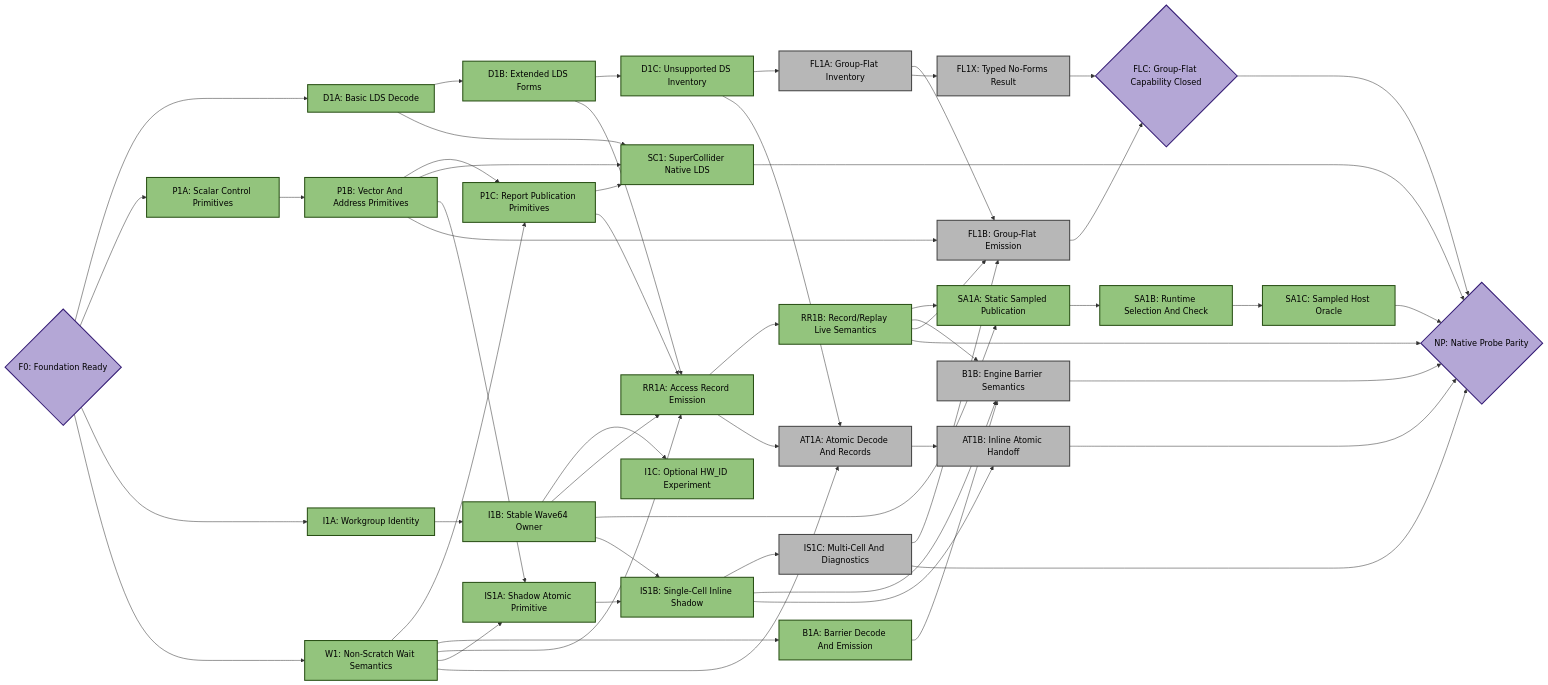
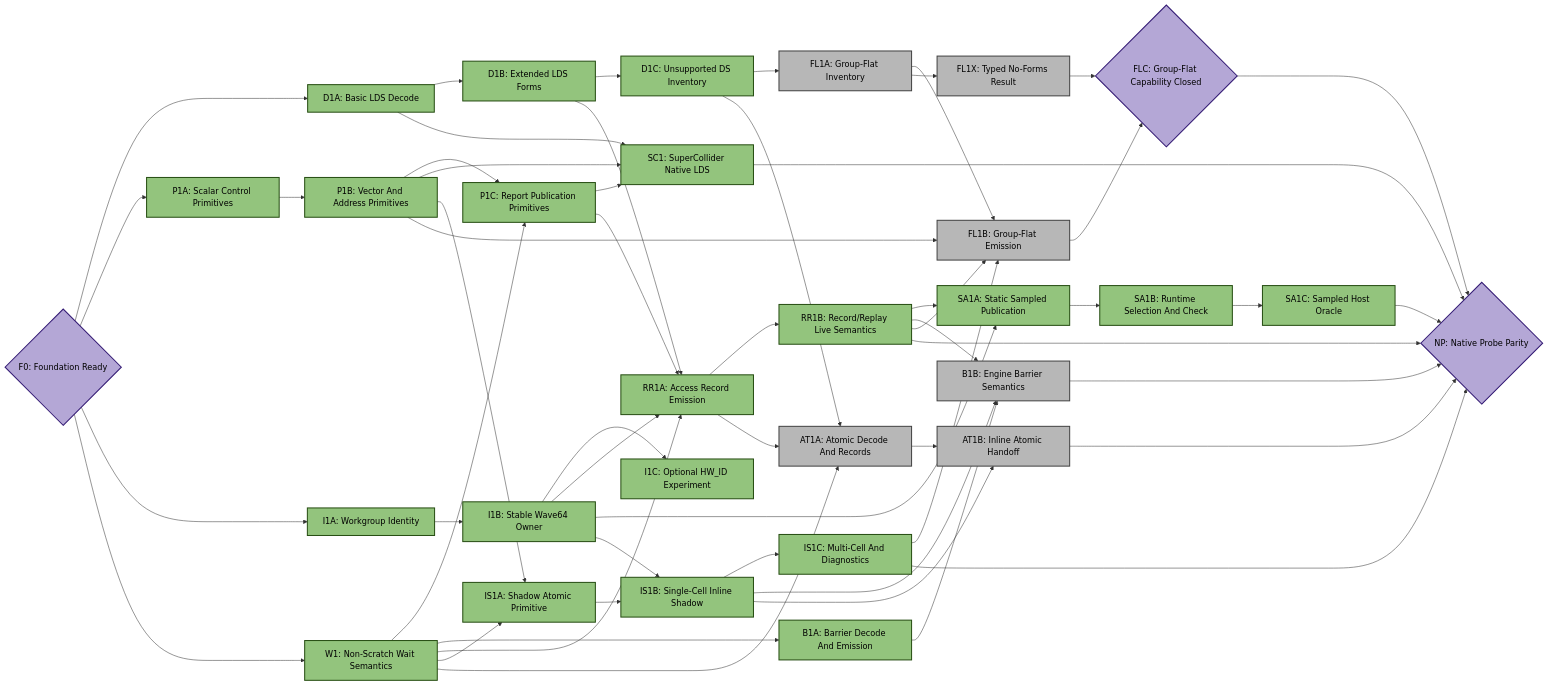
Before and after one commit to ROCm/rocm-systems: the fourth of 5 diagrams in emulation/rocjitsu/docs/consan/PLAN_GFX950.md, drawn with Mermaid. The commit also changed other lines of this file and 4 other files, not shown here.

Commit message:
rocjitsu: validate gfx950 multi-cell inline shadow

```diff
--- a/emulation/rocjitsu/docs/consan/PLAN_GFX950.md
+++ b/emulation/rocjitsu/docs/consan/PLAN_GFX950.md
@@ -368,7 +372,7 @@
   SA1C["SA1C: Sampled Host Oracle"]:::done
   IS1A["IS1A: Shadow Atomic Primitive"]:::done
   IS1B["IS1B: Single-Cell Inline Shadow"]:::done
-  IS1C["IS1C: Multi-Cell And Diagnostics"]:::todo
+  IS1C["IS1C: Multi-Cell And Diagnostics"]:::done
   FL1A["FL1A: Group-Flat Inventory"]:::todo
   FL1B["FL1B: Group-Flat Emission"]:::todo
   FL1X["FL1X: Typed No-Forms Result"]:::todo
```
